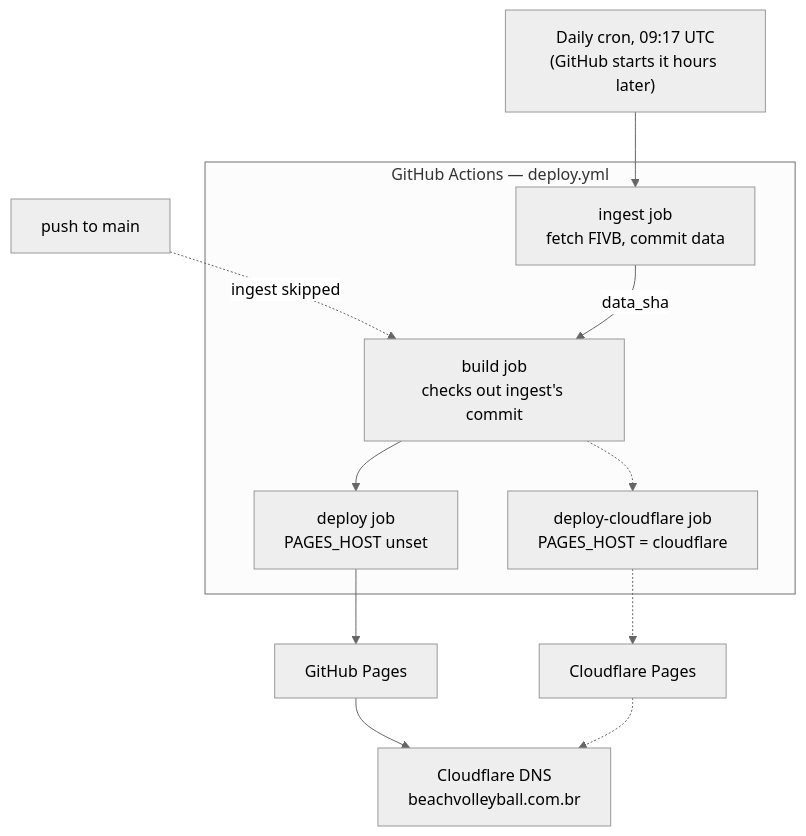
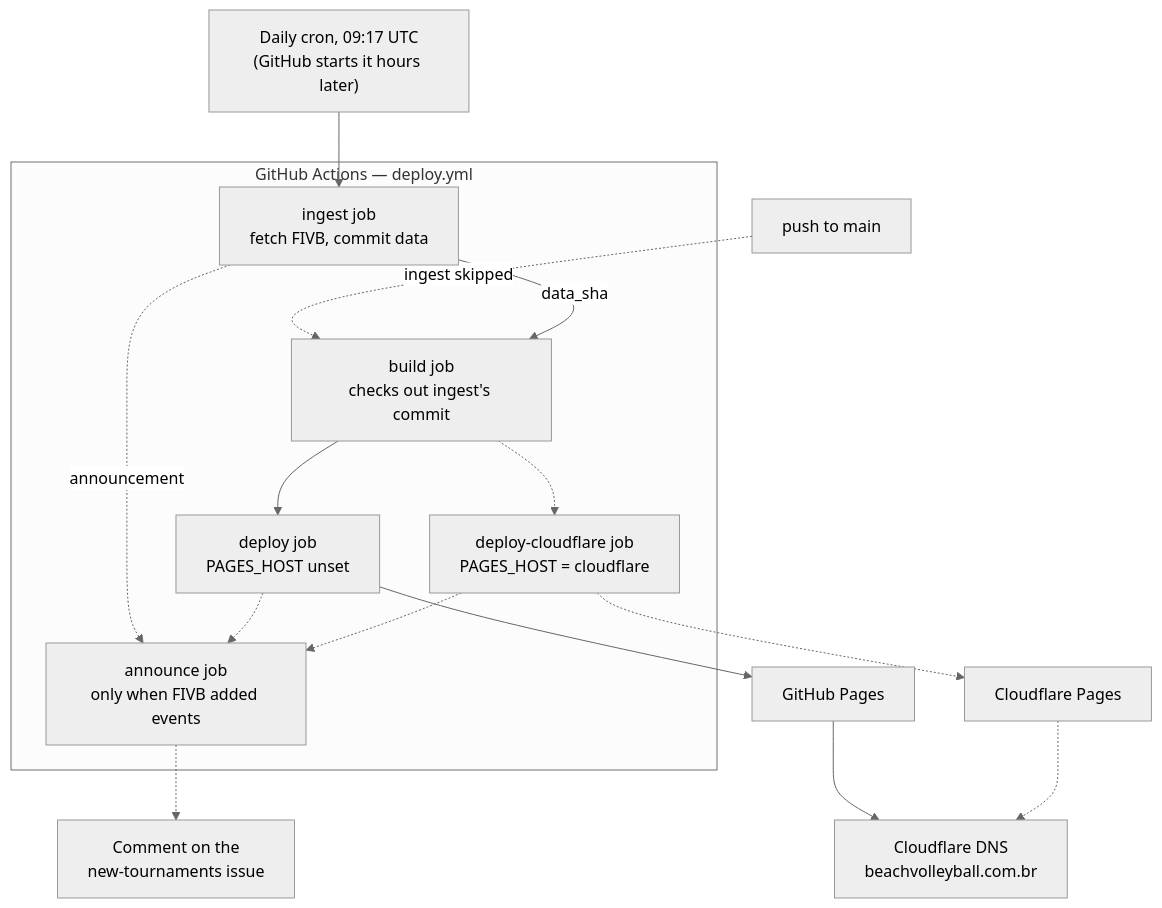
One commit to eduardopicado/beachvolleyballgraph changed the fourth of 4 diagrams in docs/architecture.md. Above: the diagram before and after it, drawn with Mermaid (neutral theme). The commit also changed other lines of this file and 3 other files, not shown here.

First line of the commit message:
Comment on an issue when FIVB adds tournaments

````diff
--- a/docs/architecture.md
+++ b/docs/architecture.md
@@ -199,20 +199,26 @@
 ```mermaid
 flowchart TD
   CRON["Daily cron, 09:17 UTC<br/>(GitHub starts it hours later)"] --> ING
   PUSH["push to main"] -.->|"ingest skipped"| BUILD
 
   subgraph gha["GitHub Actions — deploy.yml"]
     ING["ingest job<br/>fetch FIVB, commit data"]
     BUILD["build job<br/>checks out ingest's commit"]
     DEP["deploy job<br/>PAGES_HOST unset"]
     DEPCF["deploy-cloudflare job<br/>PAGES_HOST = cloudflare"]
+    ANN["announce job<br/>only when FIVB added events"]
     ING -->|data_sha| BUILD
     BUILD --> DEP
     BUILD -.-> DEPCF
+    ING -.->|announcement| ANN
+    DEP -.-> ANN
+    DEPCF -.-> ANN
   end
+
+  ANN -.-> ISSUE["Comment on the<br/>new-tournaments issue"]
 
   DEP --> PAGES["GitHub Pages"]
   DEPCF -.-> CFP["Cloudflare Pages"]
   PAGES --> CF["Cloudflare DNS<br/>beachvolleyball.com.br"]
   CFP -.-> CF
 ```
````
